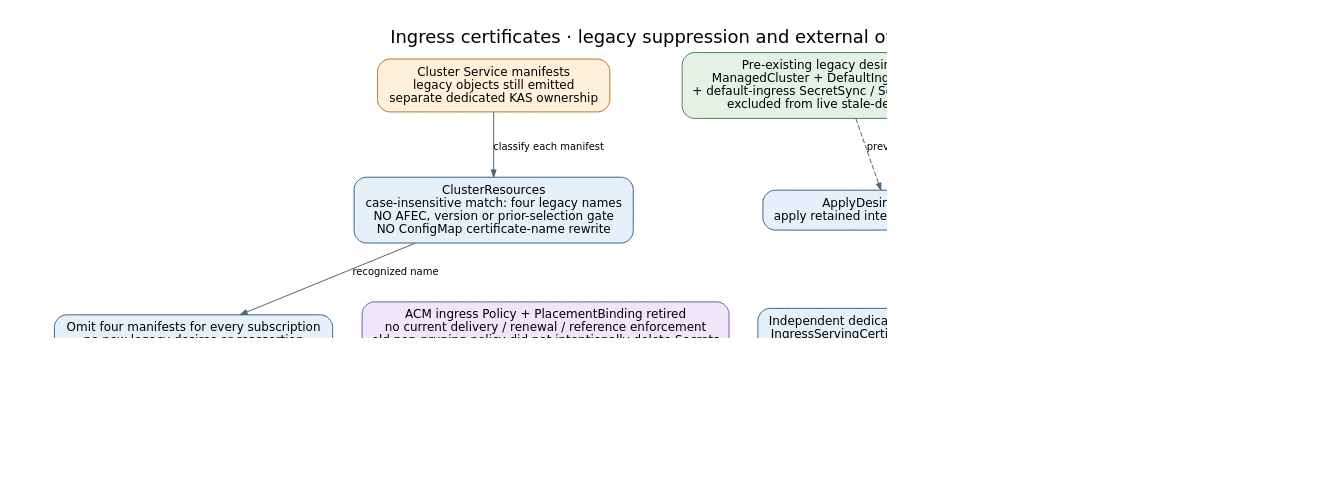
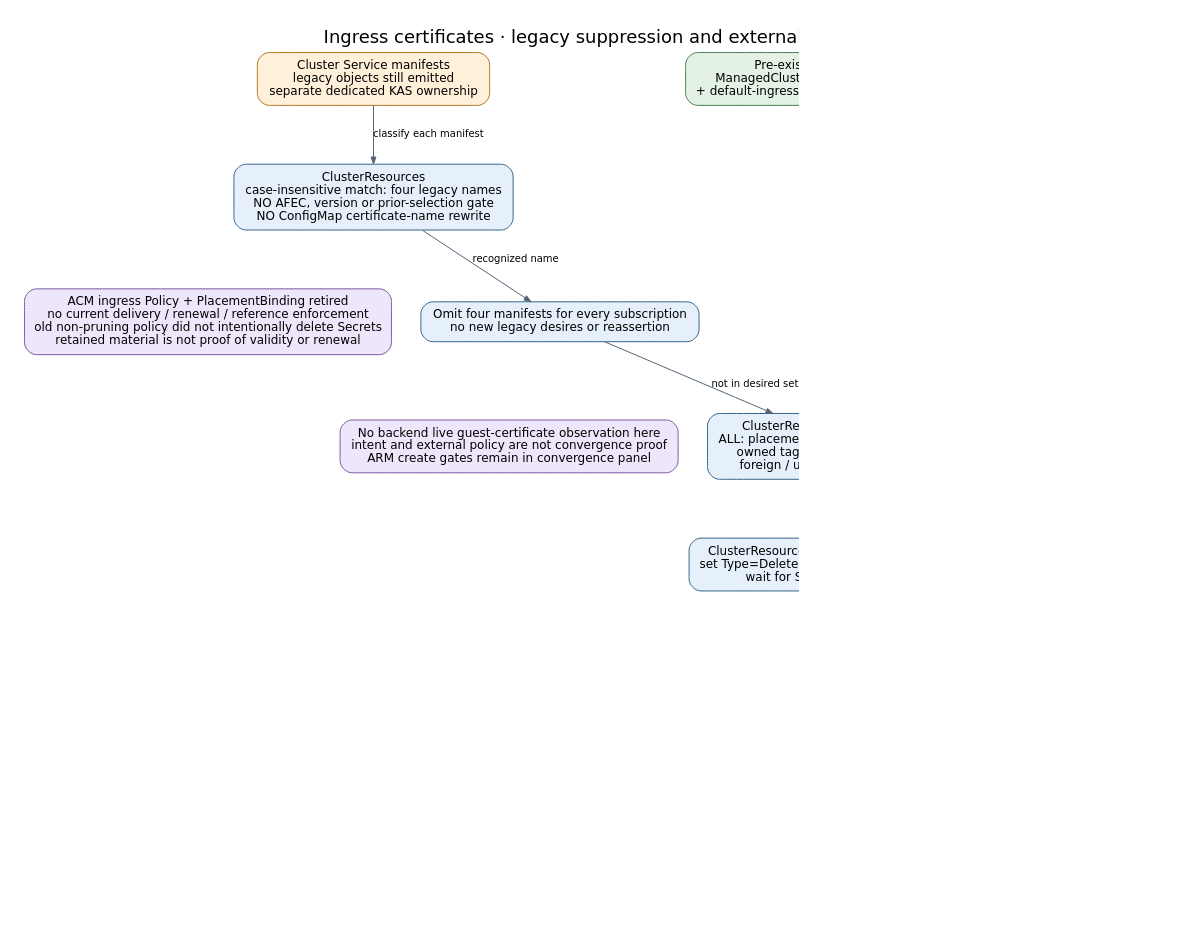
Before and after one commit to Azure/ARO-HCP: the diagram in docs/generated/diagrams/controller-flows/ingress-certificate-selection.dot, drawn with Graphviz. The commit also changed 38 other files, not shown here.

Commit message:
docs: reconcile service-provider cleanup and API contracts

```diff
--- a/docs/generated/diagrams/controller-flows/ingress-certificate-selection.dot
+++ b/docs/generated/diagrams/controller-flows/ingress-certificate-selection.dot
@@ -1,25 +1,33 @@
 digraph ingress_certificate_selection {
   graph [rankdir=TB, bgcolor="white", pad=0.3, nodesep=0.4, ranksep=0.65, fontname="DejaVu Sans", fontsize=18, labelloc=t, label="Ingress certificates · legacy suppression and external ownership", dpi=110];
   node [shape=box, style="rounded,filled", fillcolor="#e6f0fa", color="#35648a", fontname="DejaVu Sans", fontsize=12, margin="0.16,0.10"];
   edge [color="#536577", fontname="DejaVu Sans", fontsize=10, arrowsize=0.7];
   manifests [label="Cluster Service manifests\nlegacy objects still emitted\nseparate dedicated KAS ownership", fillcolor="#fff0da", color="#b27624"];
   gate [label="ClusterResources\ncase-insensitive match: four legacy names\nNO AFEC, version or prior-selection gate\nNO ConfigMap certificate-name rewrite"];
-  keep [label="Pre-existing legacy desires remain\nManagedCluster + DefaultIngressConfigMap\n+ default-ingress SecretSync / SecretProviderClass\nexcluded from live stale-desire cleanup", fillcolor="#e4f2e5", color="#4c8053"];
+  existing [label="Pre-existing four legacy desires\nManagedCluster + DefaultIngressConfigMap\n+ default-ingress SecretSync / SecretProviderClass", fillcolor="#e4f2e5", color="#4c8053"];
   remove [label="Omit four manifests for every subscription\nno new legacy desires or reassertion"];
-  teardown [label="Whole-cluster deletion chain\nexplicit Delete intents + observed completion"];
-  apply [label="ApplyDesireController\napply retained intent / execute Delete"];
+  cleanup [label="ClusterResources live stale cleanup\nALL: placement + CS ID + nonnil resources\nowned tag + absent from desired set\nforeign / untagged desires left alone"];
+  deleting [label="ClusterResources: EnsureApplyDesireRemoved\nset Type=Delete; clear apply payload / conditions\nwait for SuccessfullyDeleted=True"];
+  apply [label="ApplyDesireController\nGET target; DELETE if needed\npoll while deletion remains in flight"];
+  gone [label="Management-cluster target absent\nSuccessfullyDeleted=True", fillcolor="#fff0da", color="#b27624"];
+  purge [label="ClusterResources later reconcile\nremove ApplyDesire, then matching ReadDesire\nno whole-cluster deletion prerequisite", fillcolor="#e4f2e5", color="#4c8053"];
   acm [label="ACM ingress Policy + PlacementBinding retired\nno current delivery / renewal / reference enforcement\nold non-pruning policy did not intentionally delete Secrets\nretained material is not proof of validity or renewal", fillcolor="#eee7fb", color="#7b59a4"];
   delivery [label="Independent dedicated ingress delivery\nIngressServingCertificateK8sResources\nsee serving-certificate panel"];
   native [label="Secret-sync delivers provider certificate\nin HostedCluster namespace\nexternal HyperShift/HCCO consumes it\nbackend filtering does not prove consumer health", fillcolor="#fff0da", color="#b27624"];
   note [label="No backend live guest-certificate observation here\nintent and external policy are not convergence proof\nARM create gates remain in convergence panel", fillcolor="#eee7fb", color="#7b59a4"];
   manifests -> gate [label="classify each manifest"];
   gate -> remove [label="recognized name"];
-  keep -> apply [label="previously stored intent", style=dashed];
-  teardown -> apply [label="Delete intents"];
-  apply -> teardown [label="confirmed deletion permits purge", style=dashed, color="#857456", constraint=false];
+  remove -> cleanup [label="not in desired set"];
+  existing -> cleanup [label="owned stale intent"];
+  cleanup -> deleting [label="request deletion"];
+  deleting -> apply [label="persisted Delete intent"];
+  apply -> gone [label="GET confirms NotFound"];
+  gone -> purge [label="observed deletion permits purge"];
+  apply -> apply [label="still exists: delayed retry", style=dashed, color="#857456"];
+  deleting:e -> cleanup:e [label="30s resync / retry", style=dashed, color="#857456", constraint=false];
   delivery -> native [label="separate SPC / SecretSync desires"];
-  { rank=same; manifests; keep; teardown; }
+  { rank=same; manifests; existing; }
   gate -> acm [style=invis];
   remove -> note [style=invis];
   apply -> delivery [style=invis];
 }
```
